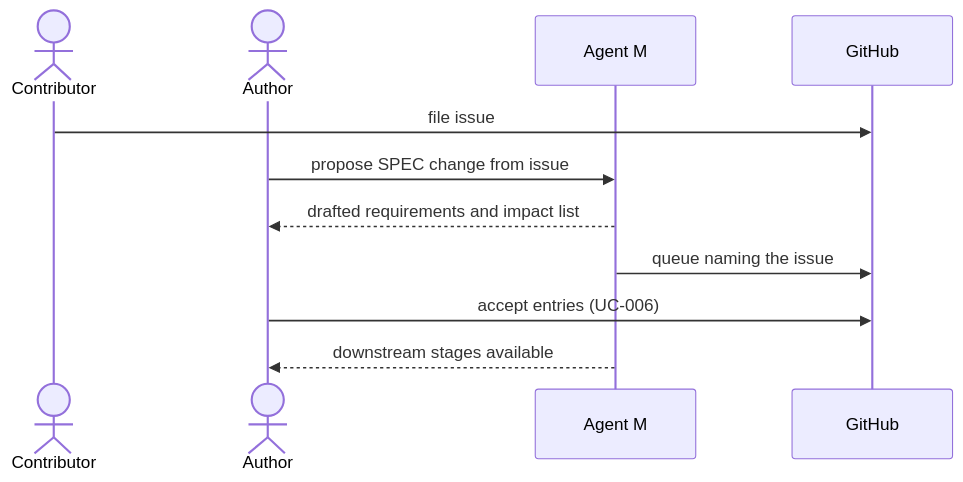
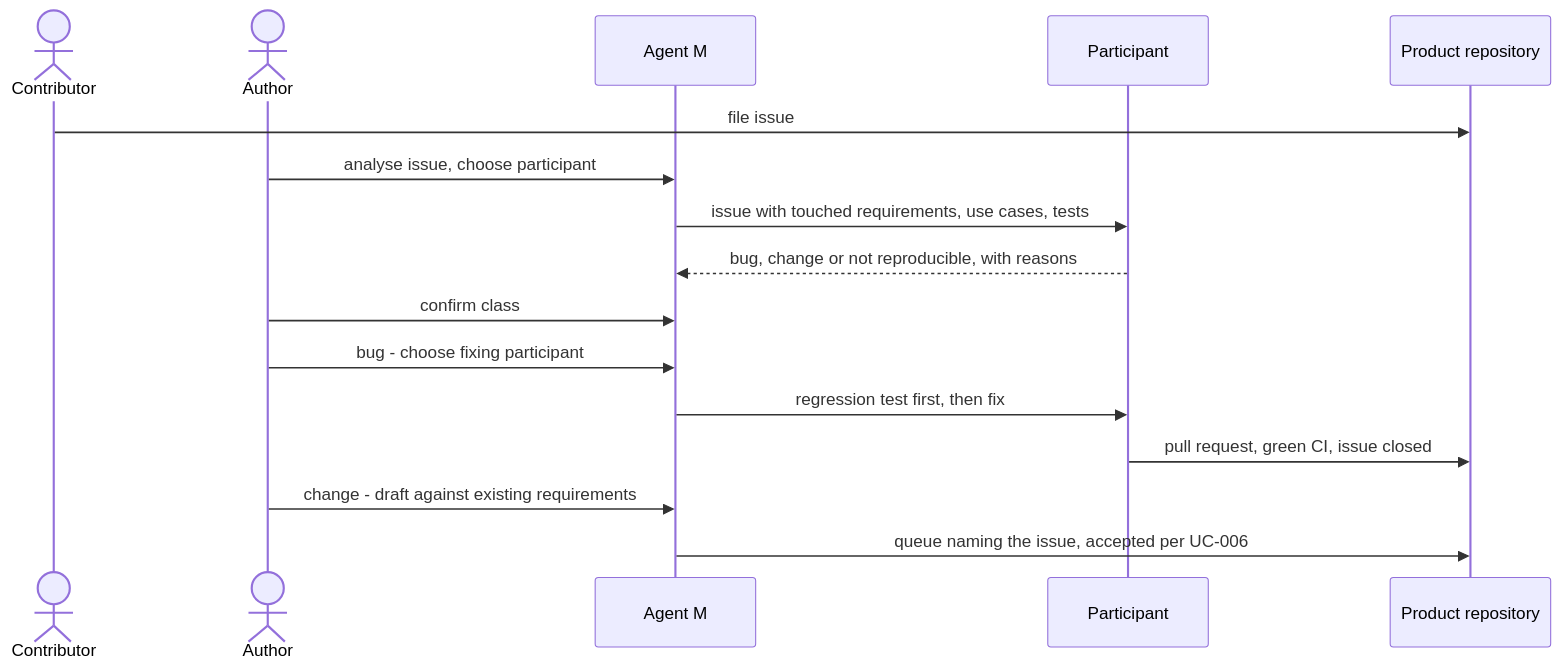
The diagram in docs/use-cases/UC-012-turn-an-issue-into-a-specification-change.md (akmaier/agent-m), drawn with Mermaid before and after one commit. The commit also changed other lines of this file and 57 other files, not shown here.

````diff
--- a/docs/use-cases/UC-012-turn-an-issue-into-a-specification-change.md
+++ b/docs/use-cases/UC-012-turn-an-issue-into-a-specification-change.md
@@ -41,13 +59,18 @@
 ```mermaid
 sequenceDiagram
     actor C as Contributor
     actor A as Author
     participant M as Agent M
-    participant G as GitHub
+    participant P as Participant
+    participant G as Product repository
     C->>G: file issue
-    A->>M: propose SPEC change from issue
-    M-->>A: drafted requirements and impact list
-    M->>G: queue naming the issue
-    A->>G: accept entries (UC-006)
-    M-->>A: downstream stages available
+    A->>M: analyse issue, choose participant
+    M->>P: issue with touched requirements, use cases, tests
+    P-->>M: bug, change or not reproducible, with reasons
+    A->>M: confirm class
+    A->>M: bug - choose fixing participant
+    M->>P: regression test first, then fix
+    P->>G: pull request, green CI, issue closed
+    A->>M: change - draft against existing requirements
+    M->>G: queue naming the issue, accepted per UC-006
 ```
````
